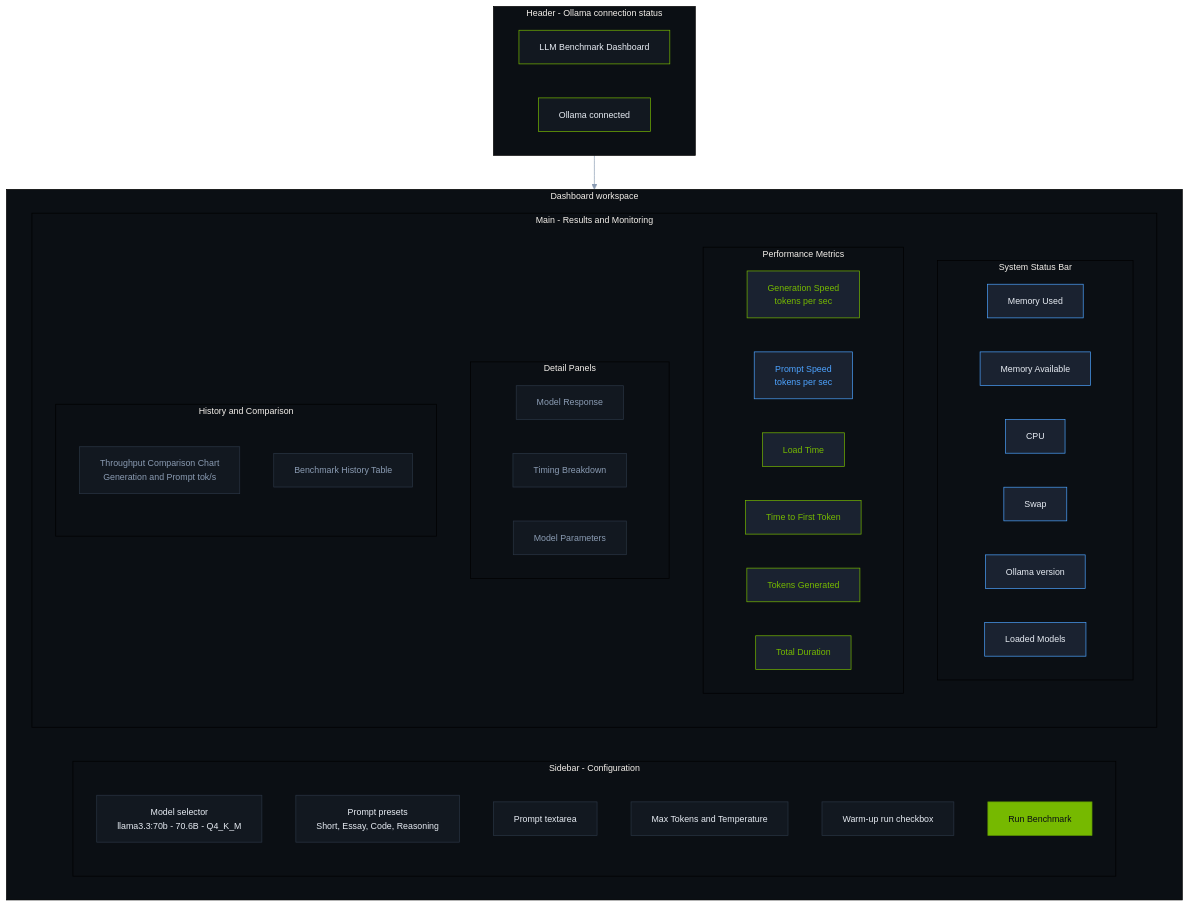
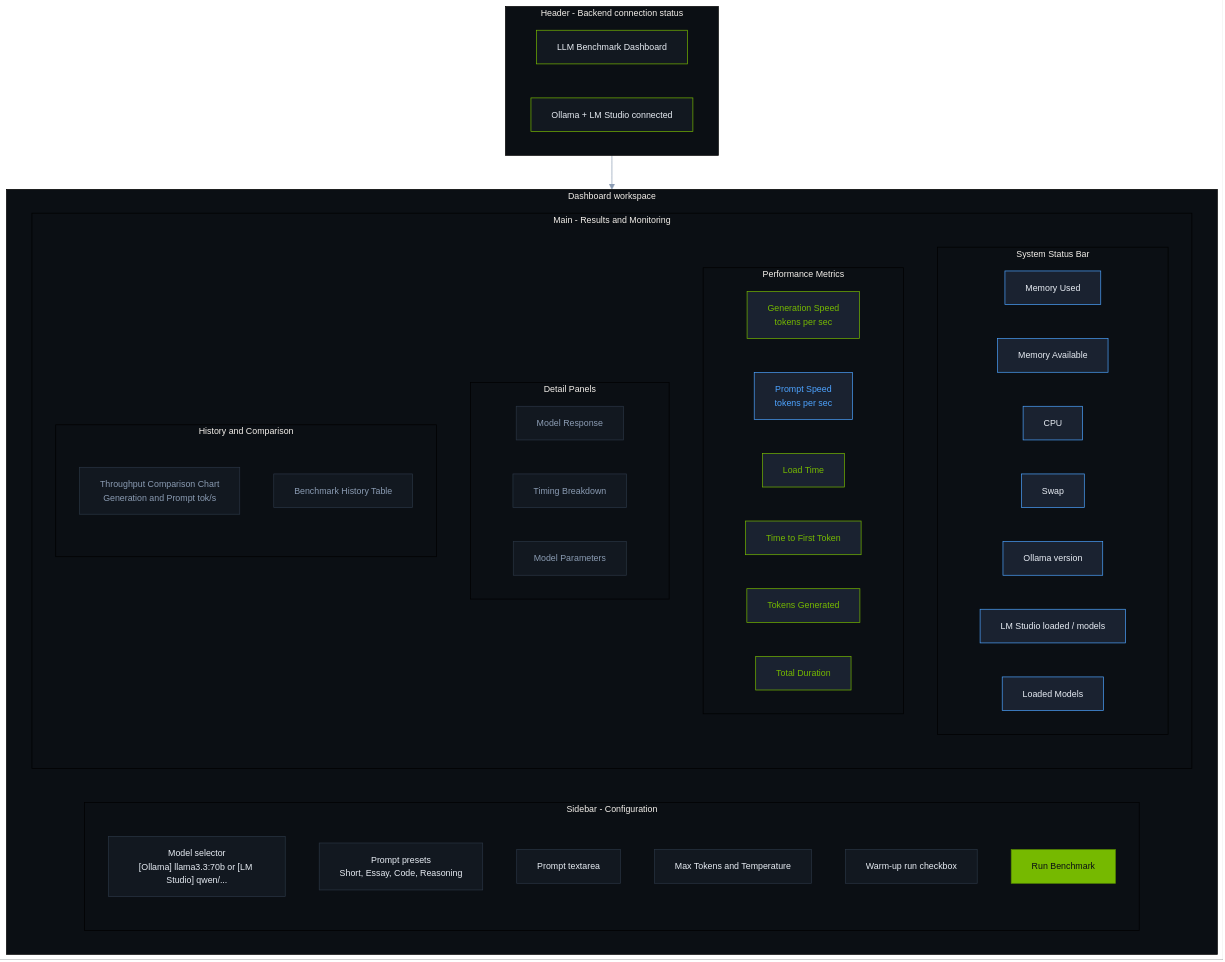
One commit to vampokala/llm-dashboard changed the first of 3 diagrams in README.md. Above: the diagram before and after it, drawn with Mermaid. The commit also changed other lines of this file and 3 other files, not shown here.

````diff
--- a/README.md
+++ b/README.md
@@ -23,78 +30,79 @@
 ```mermaid
 %%{init: {"theme": "base", "themeVariables": {"primaryColor": "#1a2230", "primaryTextColor": "#e8edf4", "primaryBorderColor": "#2a3544", "lineColor": "#8b9cb3", "secondaryColor": "#121820", "tertiaryColor": "#0b0f14", "fontSize": "13px"}}}%%
 flowchart TB
-    subgraph Header["Header - Ollama connection status"]
+    subgraph Header["Header - Backend connection status"]
         direction LR
         H1["LLM Benchmark Dashboard"]
-        H2["Ollama connected"]
+        H2["Ollama + LM Studio connected"]
     end
 
     subgraph Workspace["Dashboard workspace"]
         direction LR
 
         subgraph Sidebar["Sidebar - Configuration"]
             direction TB
-            S1["Model selector<br/>llama3.3:70b - 70.6B - Q4_K_M"]
+            S1["Model selector<br/>[Ollama] llama3.3:70b or [LM Studio] qwen/..."]
             S2["Prompt presets<br/>Short, Essay, Code, Reasoning"]
             S3["Prompt textarea"]
             S4["Max Tokens and Temperature"]
             S5["Warm-up run checkbox"]
             S6["Run Benchmark"]
         end
 
         subgraph Main["Main - Results and Monitoring"]
             direction TB
 
             subgraph SysBar["System Status Bar"]
                 direction LR
                 M1["Memory Used"]
                 M2["Memory Available"]
                 M3["CPU"]
                 M4["Swap"]
                 M5["Ollama version"]
-                M6["Loaded Models"]
+                M6["LM Studio loaded / models"]
+                M7["Loaded Models"]
             end
 
             subgraph Metrics["Performance Metrics"]
                 direction LR
                 P1["Generation Speed<br/>tokens per sec"]
                 P2["Prompt Speed<br/>tokens per sec"]
                 P3["Load Time"]
                 P4["Time to First Token"]
                 P5["Tokens Generated"]
                 P6["Total Duration"]
             end
 
             subgraph Content["Detail Panels"]
                 direction LR
                 C1["Model Response"]
                 C2["Timing Breakdown"]
                 C3["Model Parameters"]
             end
 
             subgraph Viz["History and Comparison"]
                 direction TB
                 V1["Throughput Comparison Chart<br/>Generation and Prompt tok/s"]
                 V2["Benchmark History Table"]
             end
         end
     end
 
     Header --> Workspace
 
     classDef sidebar fill:#121820,stroke:#2a3544,color:#e8edf4
     classDef sysbar fill:#1a2230,stroke:#4da3ff,color:#e8edf4
     classDef genMetric fill:#1a2230,stroke:#76b900,color:#76b900
     classDef promptMetric fill:#1a2230,stroke:#4da3ff,color:#4da3ff
     classDef action fill:#76b900,stroke:#5a8f00,color:#0b0f14
     classDef panel fill:#121820,stroke:#2a3544,color:#8b9cb3
     classDef header fill:#121820,stroke:#76b900,color:#e8edf4
 
     class S1,S2,S3,S4,S5 sidebar
     class S6 action
-    class M1,M2,M3,M4,M5,M6 sysbar
+    class M1,M2,M3,M4,M5,M6,M7 sysbar
     class P1,P3,P4,P5,P6 genMetric
     class P2 promptMetric
     class C1,C2,C3,V1,V2 panel
     class H1,H2 header
 ```
````
